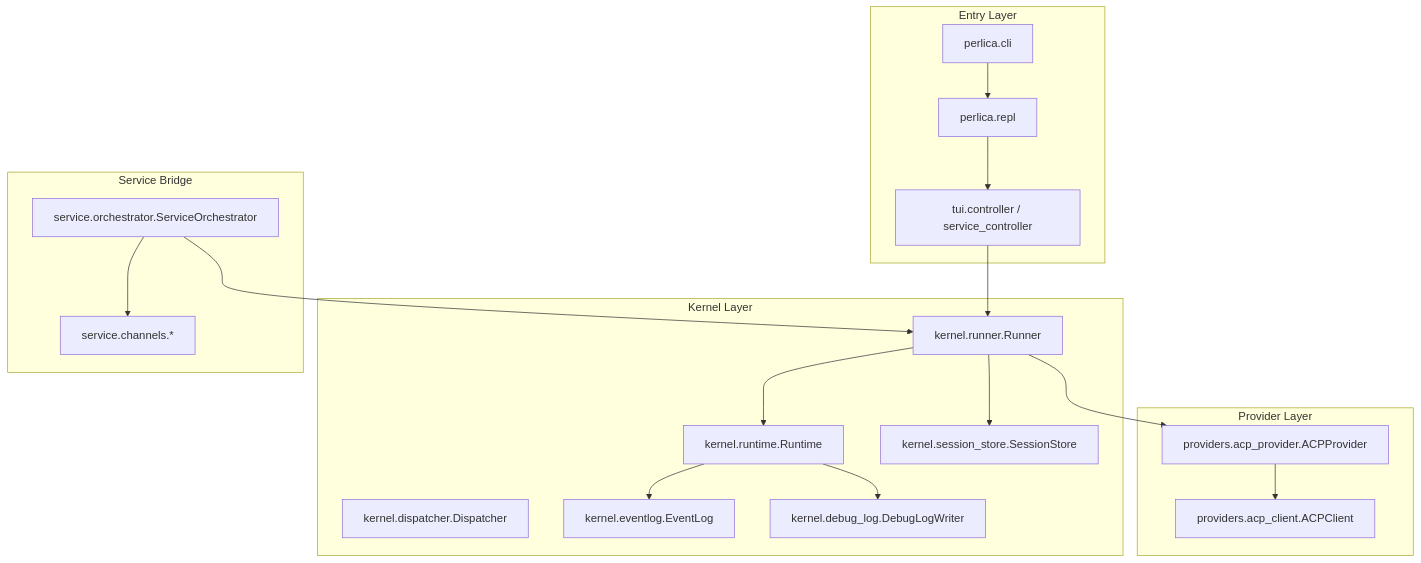
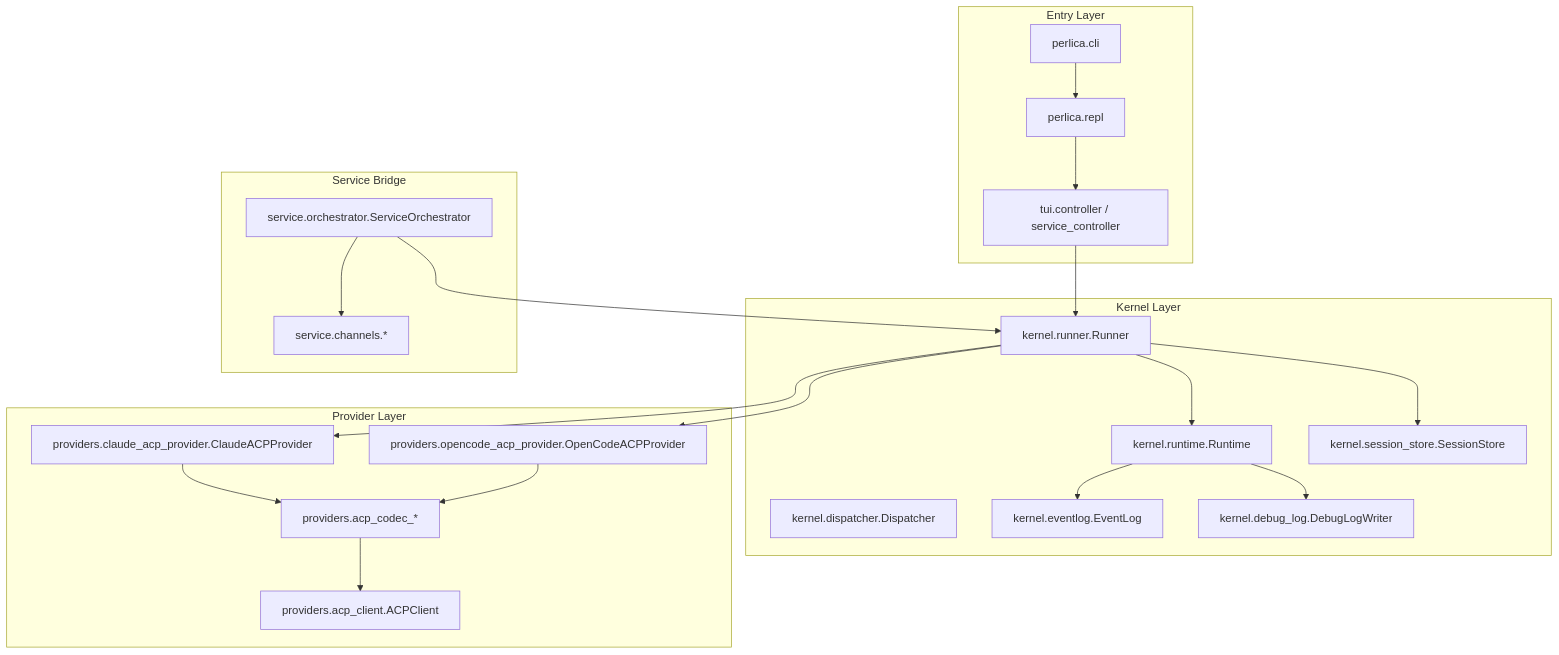
One commit to AnchorNeko/Perlica-Agent changed the first of 3 diagrams in Perlica-Agent项目开发架构.md. Above: the diagram before and after it, drawn with Mermaid. The commit also changed other lines of this file and 54 other files, not shown here.

````diff
--- a/Perlica-Agent项目开发架构.md
+++ b/Perlica-Agent项目开发架构.md
@@ -21,39 +21,44 @@
 ```mermaid
 flowchart TB
   subgraph Entry["Entry Layer"]
     CLI["perlica.cli"]
     REPL["perlica.repl"]
     TUI["tui.controller / service_controller"]
   end
 
   subgraph Kernel["Kernel Layer"]
     Runtime["kernel.runtime.Runtime"]
     Runner["kernel.runner.Runner"]
     Dispatcher["kernel.dispatcher.Dispatcher"]
     SessionStore["kernel.session_store.SessionStore"]
     EventLog["kernel.eventlog.EventLog"]
     DebugLog["kernel.debug_log.DebugLogWriter"]
   end
 
   subgraph Provider["Provider Layer"]
-    ACPProvider["providers.acp_provider.ACPProvider"]
+    ClaudeACPProvider["providers.claude_acp_provider.ClaudeACPProvider"]
+    OpenCodeACPProvider["providers.opencode_acp_provider.OpenCodeACPProvider"]
     ACPClient["providers.acp_client.ACPClient"]
+    ACPCodec["providers.acp_codec_*"]
   end
 
   subgraph Bridge["Service Bridge"]
     Orchestrator["service.orchestrator.ServiceOrchestrator"]
     Channel["service.channels.*"]
   end
 
   CLI --> REPL
   REPL --> TUI
   TUI --> Runner
   Runner --> Runtime
-  Runner --> ACPProvider
-  ACPProvider --> ACPClient
+  Runner --> ClaudeACPProvider
+  Runner --> OpenCodeACPProvider
+  ClaudeACPProvider --> ACPCodec
+  OpenCodeACPProvider --> ACPCodec
+  ACPCodec --> ACPClient
   Runner --> SessionStore
   Runtime --> EventLog
   Runtime --> DebugLog
   Orchestrator --> Runner
   Orchestrator --> Channel
 ```
````
